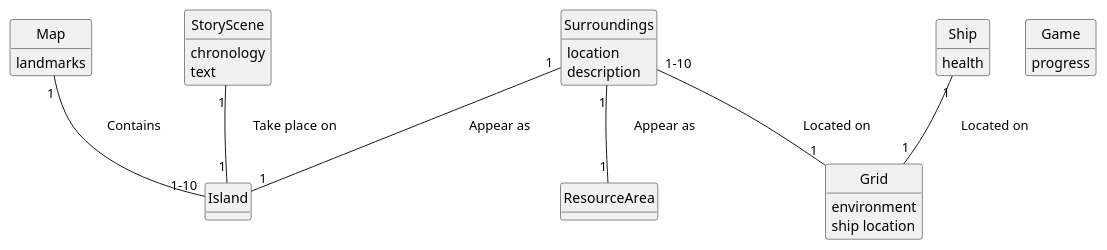
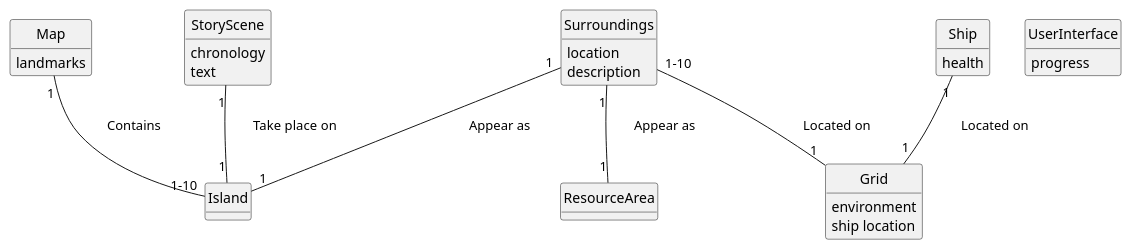
The diagram in CMPU_203_PirateGame/doc/domain_model.md (emutchek/MaraudersAtSea), drawn with PlantUML before and after one commit. The commit also changed 6 other files, not shown here.

````diff
--- a/CMPU_203_PirateGame/doc/domain_model.md
+++ b/CMPU_203_PirateGame/doc/domain_model.md
@@ -1,39 +1,39 @@
 ```PlantUML
 @startuml
 hide circle
 hide empty methods
 ' classes
 class Map{
 landmarks
 }
 class Surroundings{
 location
 description
 }
 class Grid {
 environment
 ship location
 }
 class Ship {
 health
 }
 class StoryScene {
 chronology
 text
 }
-class Game {
+class UserInterface {
 progress
 }
 class Island {}
 class ResourceArea{}
 
 ' associations
 Surroundings "1-10" -- "1" Grid : \tLocated on \t\t
 Surroundings "1" -- "1" ResourceArea : \tAppear as \t\t
 Surroundings "1" -- "1" Island : \tAppear as \t\t
 Ship "1" -- "1" Grid : \tLocated on \t\t
 StoryScene "1" -- "1" Island : \tTake place on \t\t
 Map "1" -- "1-10" Island : \tContains \t\t
 
 @enduml
 ```
````
